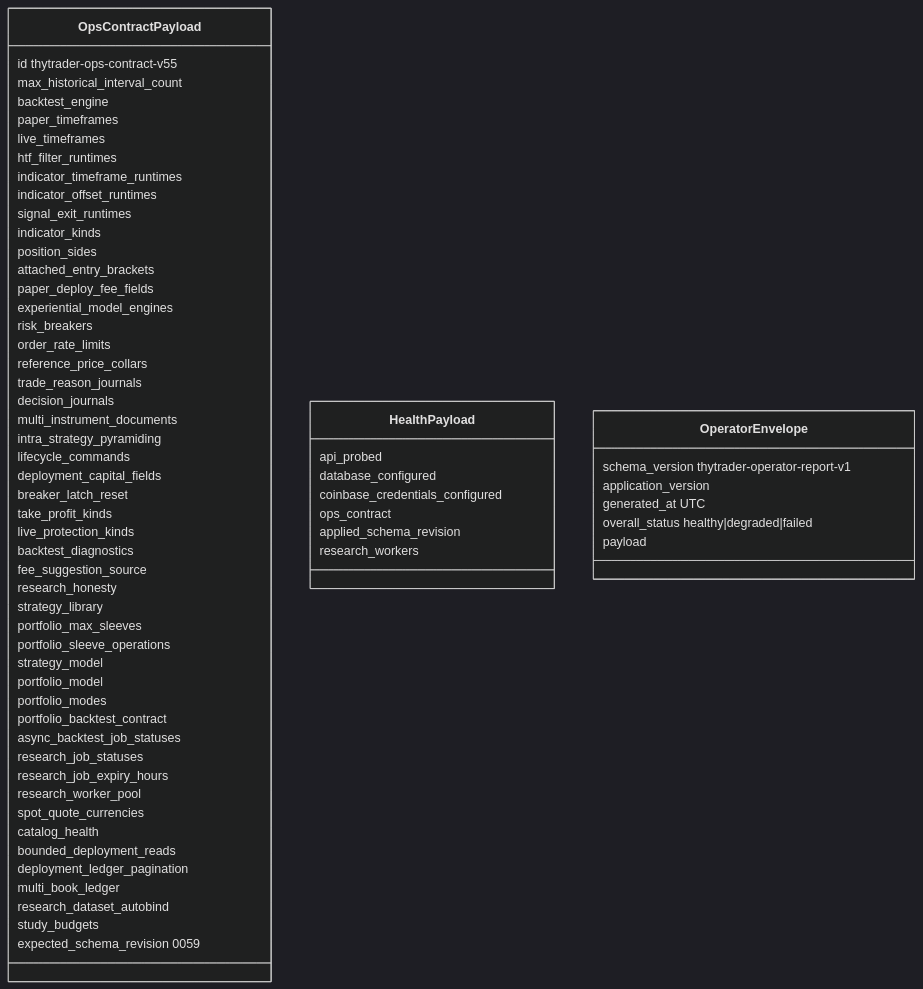
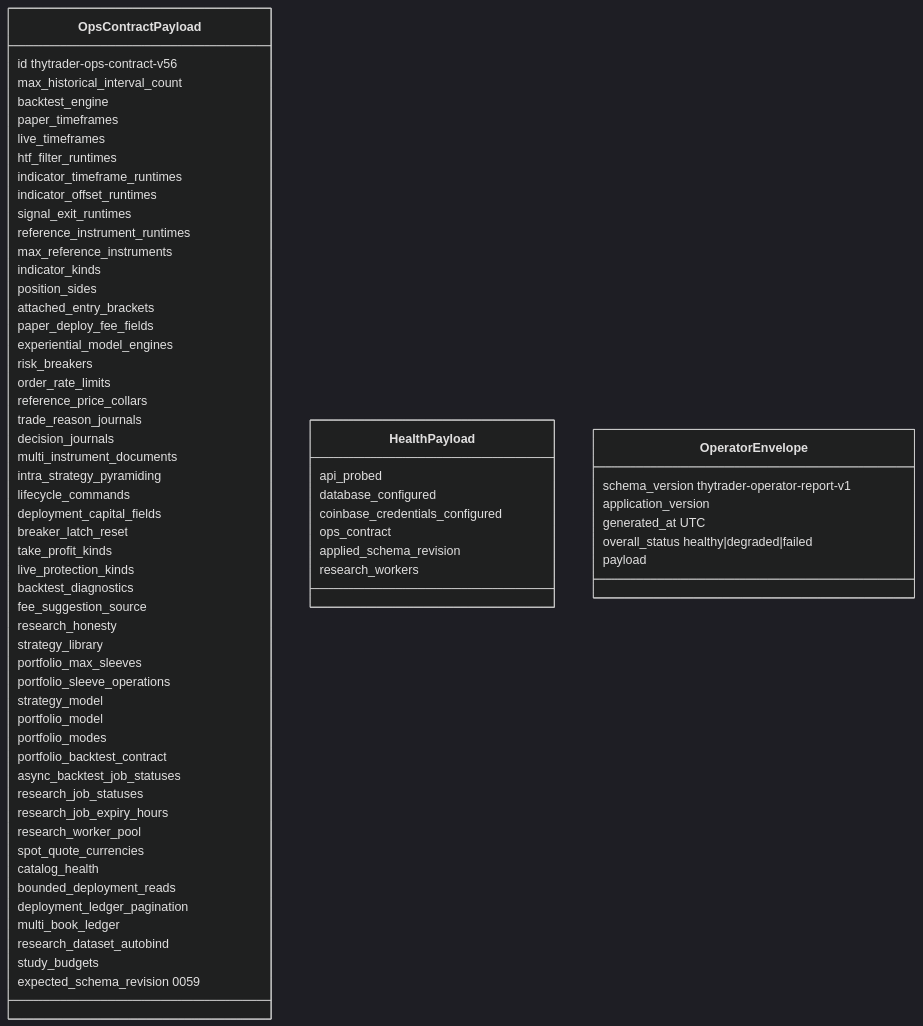
Before and after one commit to Zoltesh/thytrader: the diagram in docs/architecture/contracts/ops-contract.md, drawn with Mermaid (dark theme). The commit also changed other lines of this file and 81 other files, not shown here.

````diff
--- a/docs/architecture/contracts/ops-contract.md
+++ b/docs/architecture/contracts/ops-contract.md
@@ -67,68 +69,70 @@
 ```mermaid
 classDiagram
   class OpsContractPayload {
-    id thytrader-ops-contract-v55
+    id thytrader-ops-contract-v56
     max_historical_interval_count
     backtest_engine
     paper_timeframes
     live_timeframes
     htf_filter_runtimes
     indicator_timeframe_runtimes
     indicator_offset_runtimes
     signal_exit_runtimes
+    reference_instrument_runtimes
+    max_reference_instruments
     indicator_kinds
     position_sides
     attached_entry_brackets
     paper_deploy_fee_fields
     experiential_model_engines
     risk_breakers
     order_rate_limits
     reference_price_collars
     trade_reason_journals
     decision_journals
     multi_instrument_documents
     intra_strategy_pyramiding
     lifecycle_commands
     deployment_capital_fields
     breaker_latch_reset
     take_profit_kinds
     live_protection_kinds
     backtest_diagnostics
     fee_suggestion_source
     research_honesty
     strategy_library
     portfolio_max_sleeves
     portfolio_sleeve_operations
     strategy_model
     portfolio_model
     portfolio_modes
     portfolio_backtest_contract
     async_backtest_job_statuses
     research_job_statuses
     research_job_expiry_hours
     research_worker_pool
     spot_quote_currencies
     catalog_health
     bounded_deployment_reads
     deployment_ledger_pagination
     multi_book_ledger
     research_dataset_autobind
     study_budgets
     expected_schema_revision 0059
   }
   class HealthPayload {
     api_probed
     database_configured
     coinbase_credentials_configured
     ops_contract
     applied_schema_revision
     research_workers
   }
   class OperatorEnvelope {
     schema_version thytrader-operator-report-v1
     application_version
     generated_at UTC
     overall_status healthy|degraded|failed
     payload
   }
 ```
````
